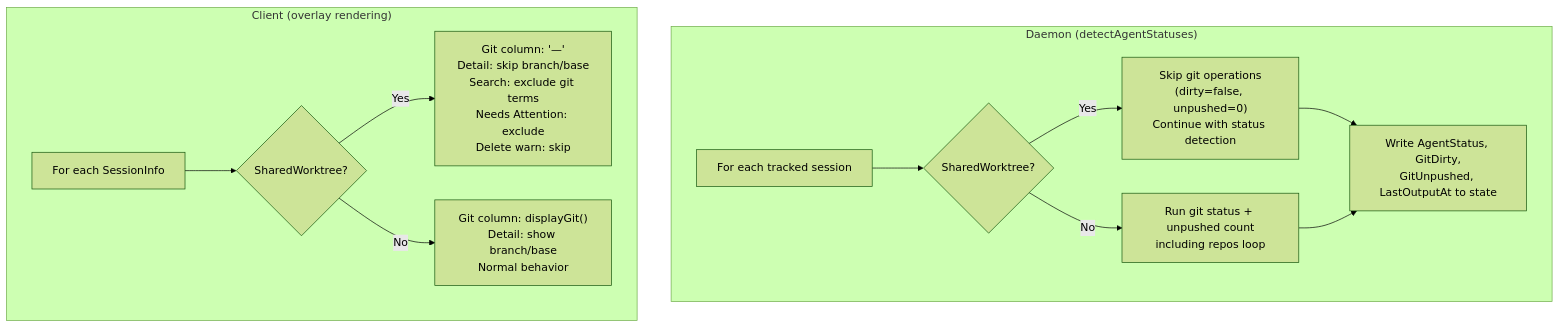
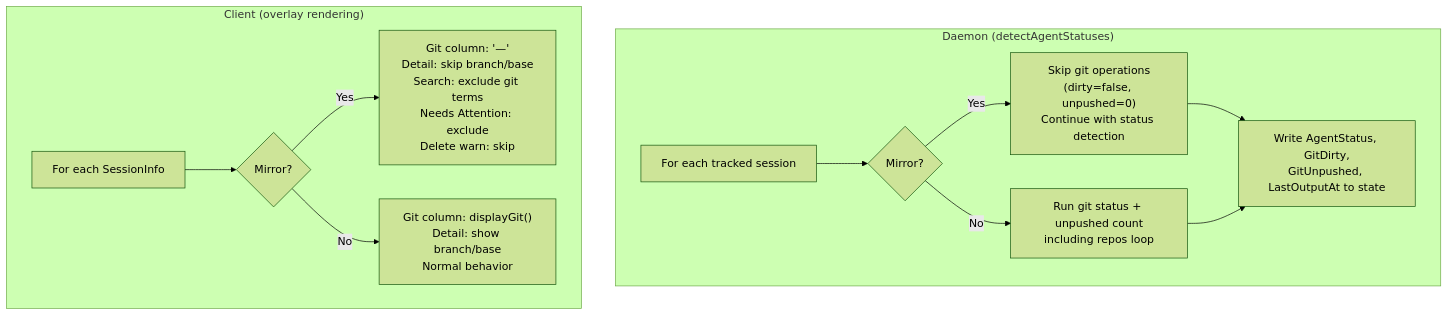
One commit to d0ugal/graith changed the diagram in docs/design/2026-06-02-hide-git-info-shared-worktrees.md. Above: the diagram before and after it, drawn with Mermaid (forest theme). The commit also changed other lines of this file and 37 other files, not shown here.

First line of the commit message:
feat!: rename --share-worktree to --mirror

````diff
--- a/docs/design/2026-06-02-hide-git-info-shared-worktrees.md
+++ b/docs/design/2026-06-02-hide-git-info-shared-worktrees.md
@@ -146,16 +146,16 @@
 ```mermaid
 graph TD
     subgraph "Daemon (detectAgentStatuses)"
-        A[For each tracked session] --> B{SharedWorktree?}
+        A[For each tracked session] --> B{Mirror?}
         B -->|Yes| C["Skip git operations<br/>(dirty=false, unpushed=0)<br/>Continue with status detection"]
         B -->|No| D[Run git status + unpushed count<br/>including repos loop]
         C --> E[Write AgentStatus, GitDirty,<br/>GitUnpushed, LastOutputAt to state]
         D --> E
     end
 
     subgraph "Client (overlay rendering)"
-        F[For each SessionInfo] --> G{SharedWorktree?}
+        F[For each SessionInfo] --> G{Mirror?}
         G -->|Yes| H["Git column: '—'<br/>Detail: skip branch/base<br/>Search: exclude git terms<br/>Needs Attention: exclude<br/>Delete warn: skip"]
         G -->|No| I["Git column: displayGit()<br/>Detail: show branch/base<br/>Normal behavior"]
     end
 ```
````
